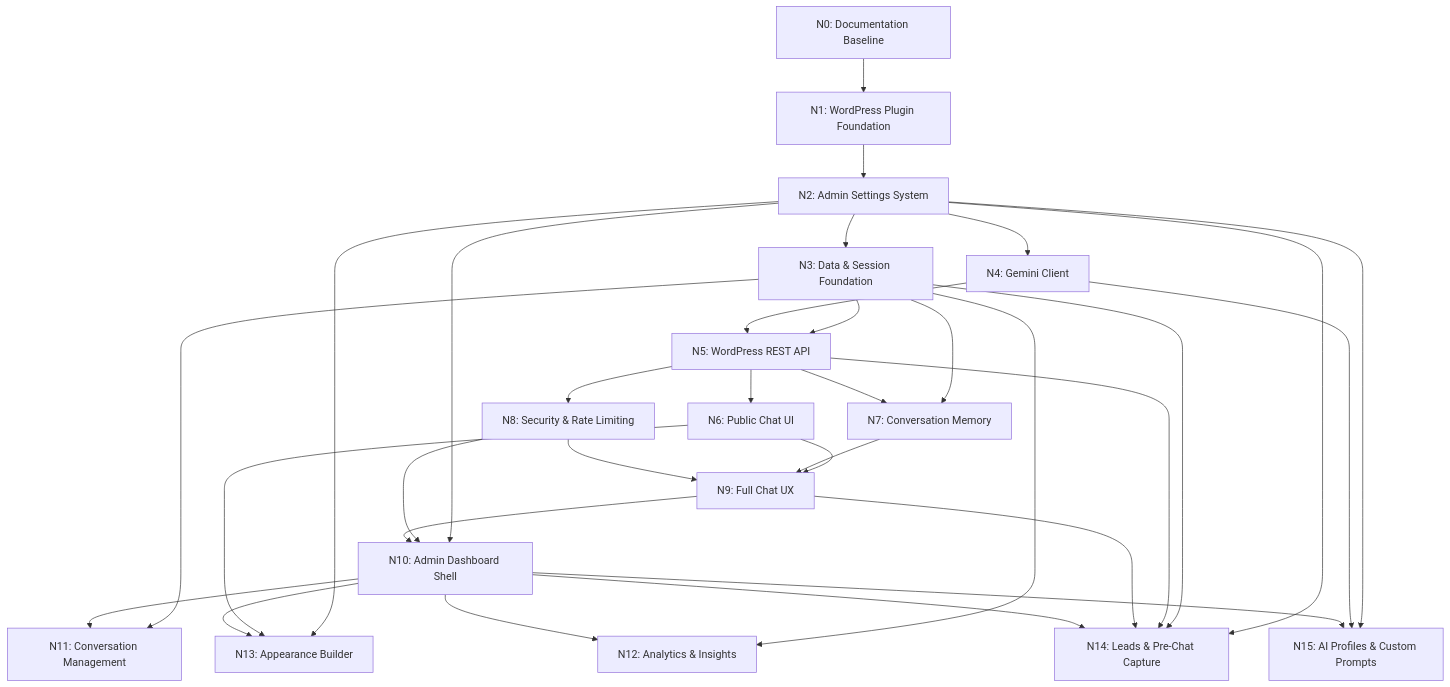
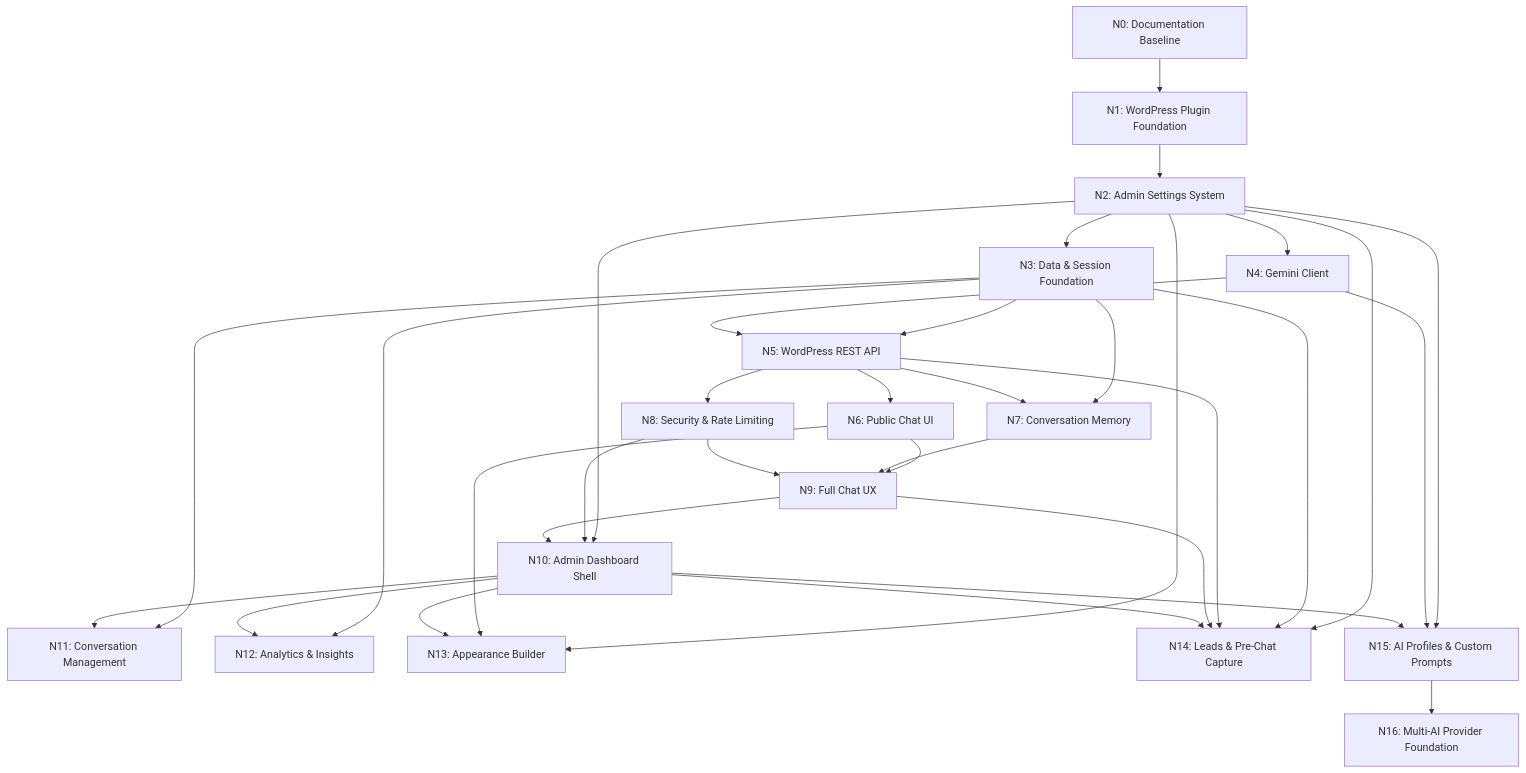
The diagram in ROADMAP.md (jattiphrswan/chatbot), drawn with Mermaid before and after one commit. The commit also changed other lines of this file and 16 other files, not shown here.

Commit message:
feat: complete Node N16 Multi-AI Provider Foundation

````diff
--- a/ROADMAP.md
+++ b/ROADMAP.md
@@ -5,34 +5,35 @@
 ```mermaid
 flowchart TD
     N0[N0: Documentation Baseline] --> N1[N1: WordPress Plugin Foundation]
     N1 --> N2[N2: Admin Settings System]
     N2 --> N3[N3: Data & Session Foundation]
     N2 --> N4[N4: Gemini Client]
     N3 --> N5[N5: WordPress REST API]
     N4 --> N5
     N5 --> N6[N6: Public Chat UI]
     N3 --> N7[N7: Conversation Memory]
     N5 --> N7
     N5 --> N8[N8: Security & Rate Limiting]
     N6 --> N9[N9: Full Chat UX]
     N7 --> N9
     N8 --> N9
     N2 --> N10[N10: Admin Dashboard Shell]
     N8 --> N10
     N9 --> N10
     N3 --> N11[N11: Conversation Management]
     N10 --> N11
     N3 --> N12[N12: Analytics & Insights]
     N10 --> N12
     N2 --> N13[N13: Appearance Builder]
     N6 --> N13
     N10 --> N13
     N2 --> N14[N14: Leads & Pre-Chat Capture]
     N3 --> N14
     N5 --> N14
     N9 --> N14
     N10 --> N14
     N2 --> N15[N15: AI Profiles & Custom Prompts]
     N4 --> N15
     N10 --> N15
+    N15 --> N16[N16: Multi-AI Provider Foundation]
 ```
````
